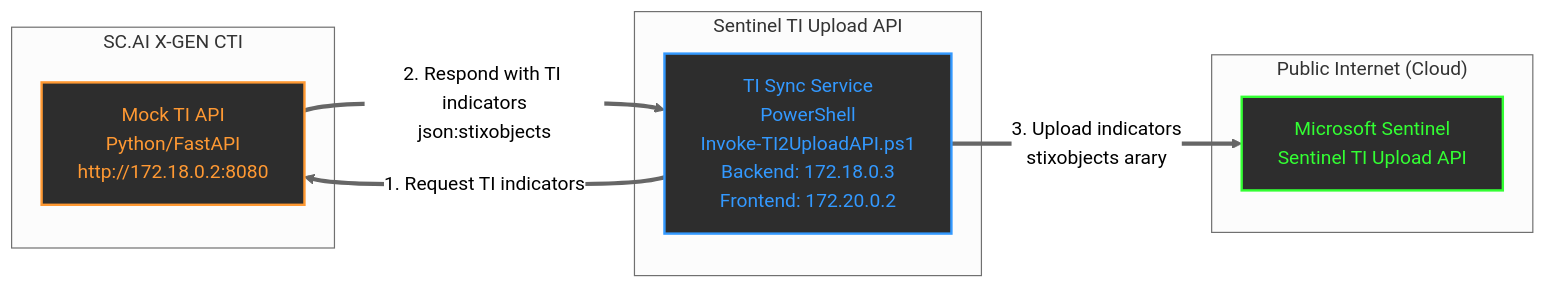
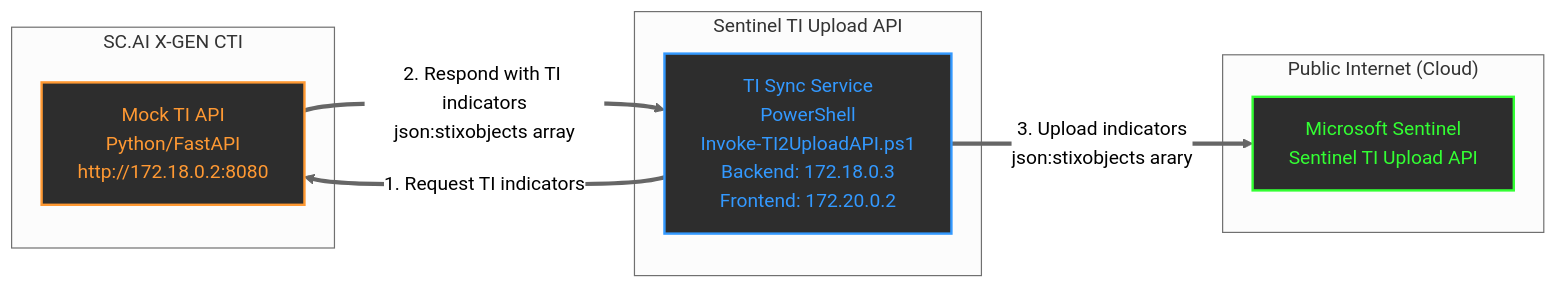
The diagram in README.md (dcodev1702/Sentinel-TI-Upload-with-Mock-TI-API), drawn with Mermaid (neutral theme) before and after one commit.

Commit message:
Fix typos in TI indicators response and upload steps

````diff
--- a/README.md
+++ b/README.md
@@ -6,22 +6,22 @@
 ```mermaid
 graph LR
     subgraph "SC.AI X-GEN CTI"
         A[Mock TI API<br/>Python/FastAPI<br/>http://172.18.0.2:8080]
     end
     
     subgraph "Sentinel TI Upload API"
         B[TI Sync Service<br/>PowerShell<br/>Invoke-TI2UploadAPI.ps1<br/>Backend: 172.18.0.3<br/>Frontend: 172.20.0.2]
     end
     
     subgraph "Public Internet (Cloud)"
         C[Microsoft Sentinel<br/>Sentinel TI Upload API]
     end
     
     B ==>|1. Request TI indicators| A
-    A ==>|2. Respond with TI indicators<br/>json:stixobjects| B
-    B ==>|3. Upload indicators<br/>stixobjects arary| C
+    A ==>|2. Respond with TI indicators<br/>json:stixobjects array| B
+    B ==>|3. Upload indicators<br/>json:stixobjects arary| C
     
     style A fill:#2d2d2d,stroke:#ff9933,stroke-width:2px,color:#ff9933
     style B fill:#2d2d2d,stroke:#3399ff,stroke-width:2px,color:#3399ff
     style C fill:#2d2d2d,stroke:#33ff33,stroke-width:2px,color:#33ff33
 ```
````
